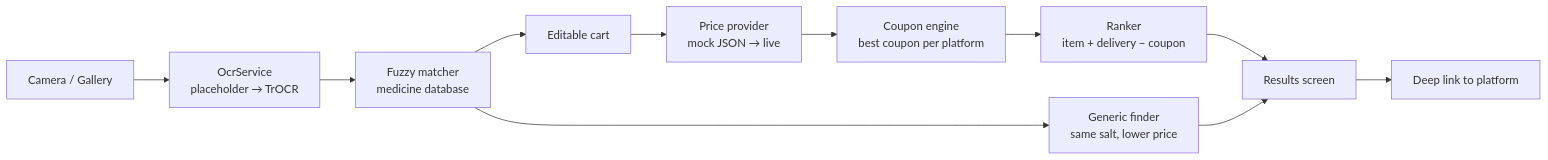
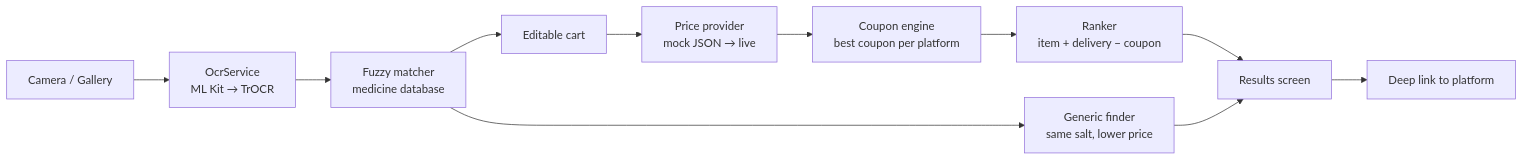
The diagram in README.md (chiragparamesh/medicine_compare), drawn with Mermaid before and after one commit. The commit also changed other lines of this file and 72 other files, not shown here.

First line of the commit message:
MediCompare: ML Kit OCR, 232-medicine database, icon, splash, theme

````diff
--- a/README.md
+++ b/README.md
@@ -37,13 +39,13 @@
 ```mermaid
 flowchart LR
-    A[Camera / Gallery] --> B[OcrService<br/>placeholder → TrOCR]
+    A[Camera / Gallery] --> B[OcrService<br/>ML Kit → TrOCR]
     B --> C[Fuzzy matcher<br/>medicine database]
     C --> D[Editable cart]
     D --> E[Price provider<br/>mock JSON → live]
     E --> F[Coupon engine<br/>best coupon per platform]
     F --> G[Ranker<br/>item + delivery − coupon]
     G --> H[Results screen]
     H --> I[Deep link to platform]
     C --> J[Generic finder<br/>same salt, lower price]
     J --> H
 ```
````
